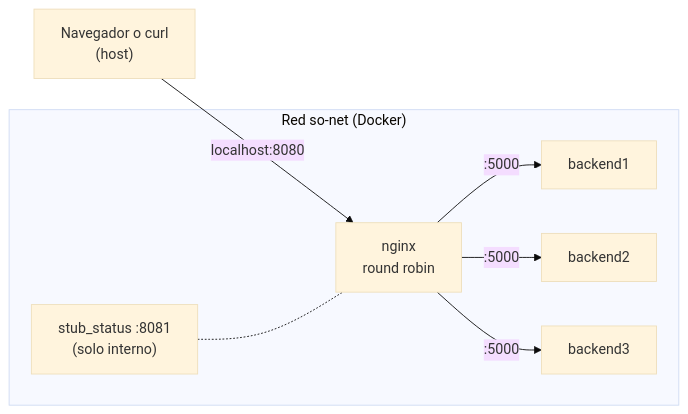
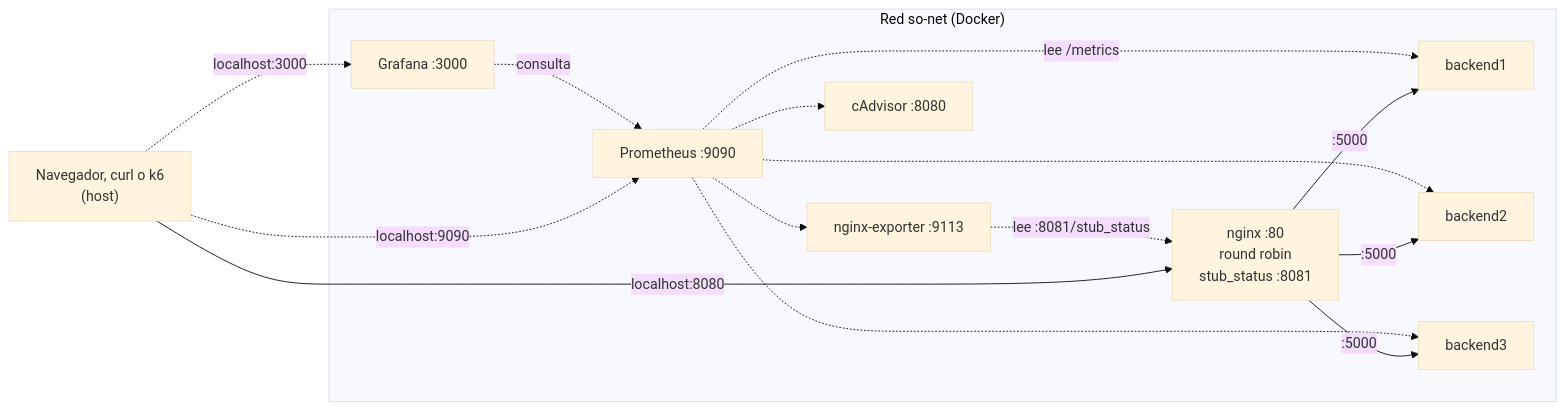
One commit to Davidev77/ProyectoFinalSO changed the diagram in README.md. Above: the diagram before and after it, drawn with Mermaid (base theme). The commit also changed other lines of this file, not shown here.

Commit message:
docs: diagrama completo y README sin CI

````diff
--- a/README.md
+++ b/README.md
@@ -40,10 +39,20 @@
 ```mermaid
 flowchart LR
-    host["Navegador o curl<br/>(host)"] -->|"localhost:8080"| nginx
+    host["Navegador, curl o k6<br/>(host)"]
+    host -->|"localhost:8080"| nginx
+    host -.->|"localhost:3000"| grafana
+    host -.->|"localhost:9090"| prometheus
     subgraph red["Red so-net (Docker)"]
-        nginx["nginx<br/>round robin"] -->|":5000"| b1["backend1"]
+        nginx["nginx :80<br/>round robin<br/>stub_status :8081"]
+        nginx -->|":5000"| b1["backend1"]
         nginx -->|":5000"| b2["backend2"]
         nginx -->|":5000"| b3["backend3"]
-        stub["stub_status :8081<br/>(solo interno)"] -.- nginx
+        exporter["nginx-exporter :9113"] -.->|"lee :8081/stub_status"| nginx
+        prometheus["Prometheus :9090"] -.->|"lee /metrics"| b1
+        prometheus -.-> b2
+        prometheus -.-> b3
+        prometheus -.-> exporter
+        prometheus -.-> cadvisor["cAdvisor :8080"]
+        grafana["Grafana :3000"] -.->|"consulta"| prometheus
     end
 ```
````
